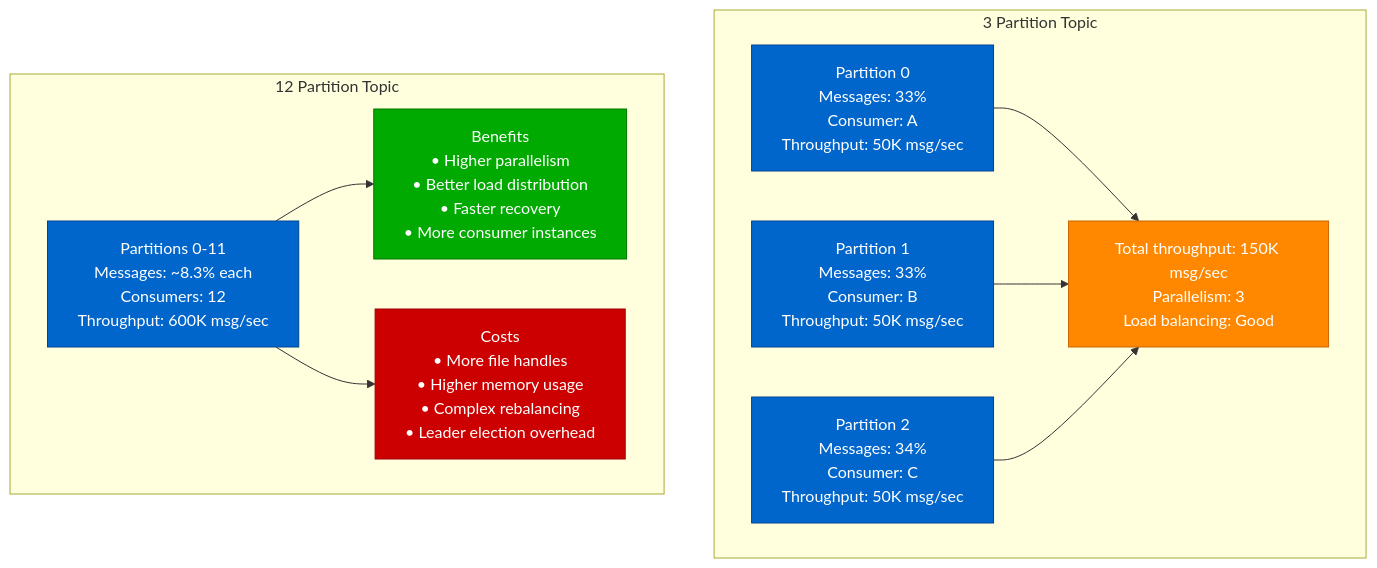
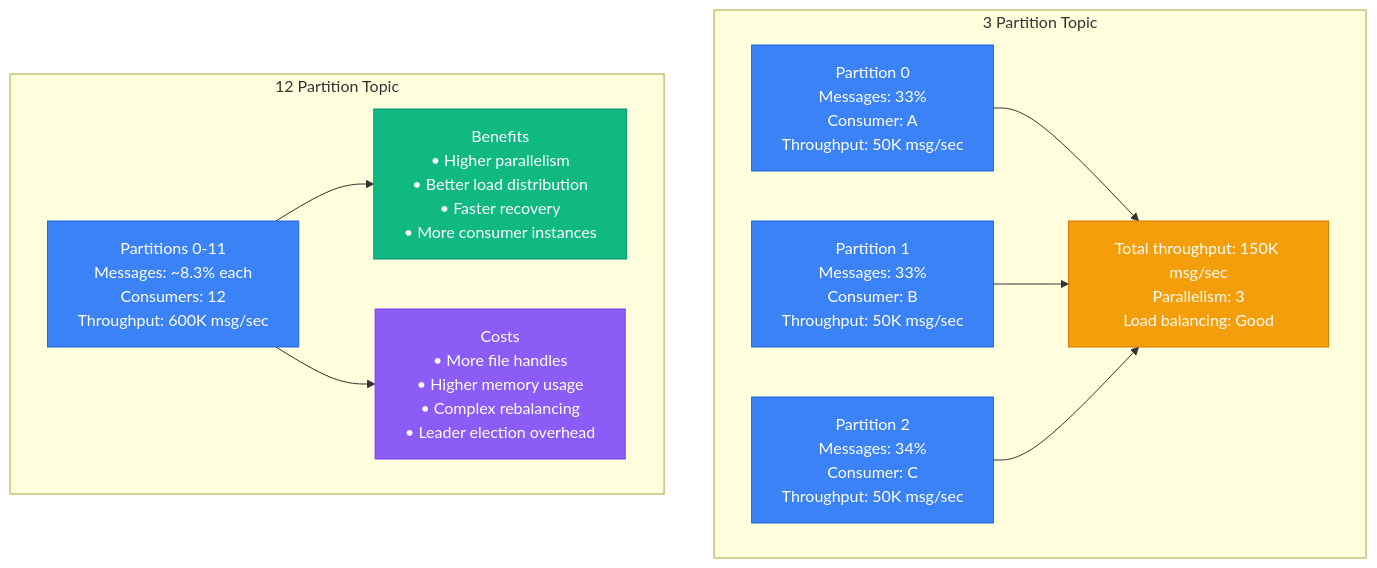
Before and after one commit to deepaucksharma/DS: the first of 13 diagrams in site/docs/performance/kafka-performance-profile.md, drawn with Mermaid. The commit also changed other lines of this file and 303 other files, not shown here.

````diff
--- a/site/docs/performance/kafka-performance-profile.md
+++ b/site/docs/performance/kafka-performance-profile.md
@@ -11,37 +11,37 @@
 ```mermaid
 graph TB
     subgraph "3 Partition Topic"
         P3_1[Partition 0<br/>Messages: 33%<br/>Consumer: A<br/>Throughput: 50K msg/sec]
 
         P3_2[Partition 1<br/>Messages: 33%<br/>Consumer: B<br/>Throughput: 50K msg/sec]
 
         P3_3[Partition 2<br/>Messages: 34%<br/>Consumer: C<br/>Throughput: 50K msg/sec]
 
         P3_TOTAL[Total throughput: 150K msg/sec<br/>Parallelism: 3<br/>Load balancing: Good]
 
         P3_1 --> P3_TOTAL
         P3_2 --> P3_TOTAL
         P3_3 --> P3_TOTAL
     end
 
     subgraph "12 Partition Topic"
         P12_RANGE[Partitions 0-11<br/>Messages: ~8.3% each<br/>Consumers: 12<br/>Throughput: 600K msg/sec]
 
         P12_BENEFITS[Benefits<br/>• Higher parallelism<br/>• Better load distribution<br/>• Faster recovery<br/>• More consumer instances]
 
         P12_COSTS[Costs<br/>• More file handles<br/>• Higher memory usage<br/>• Complex rebalancing<br/>• Leader election overhead]
 
         P12_RANGE --> P12_BENEFITS
         P12_RANGE --> P12_COSTS
     end
 
-    classDef partitionStyle fill:#0066CC,stroke:#004499,color:#fff
-    classDef benefitStyle fill:#00AA00,stroke:#007700,color:#fff
-    classDef costStyle fill:#CC0000,stroke:#990000,color:#fff
-    classDef totalStyle fill:#FF8800,stroke:#CC6600,color:#fff
+    classDef partitionStyle fill:#3B82F6,stroke:#2563EB,color:#fff
+    classDef benefitStyle fill:#10B981,stroke:#059669,color:#fff
+    classDef costStyle fill:#8B5CF6,stroke:#7C3AED,color:#fff
+    classDef totalStyle fill:#F59E0B,stroke:#D97706,color:#fff
 
     class P3_1,P3_2,P3_3,P12_RANGE partitionStyle
     class P3_TOTAL totalStyle
     class P12_BENEFITS benefitStyle
     class P12_COSTS costStyle
 ```
````
